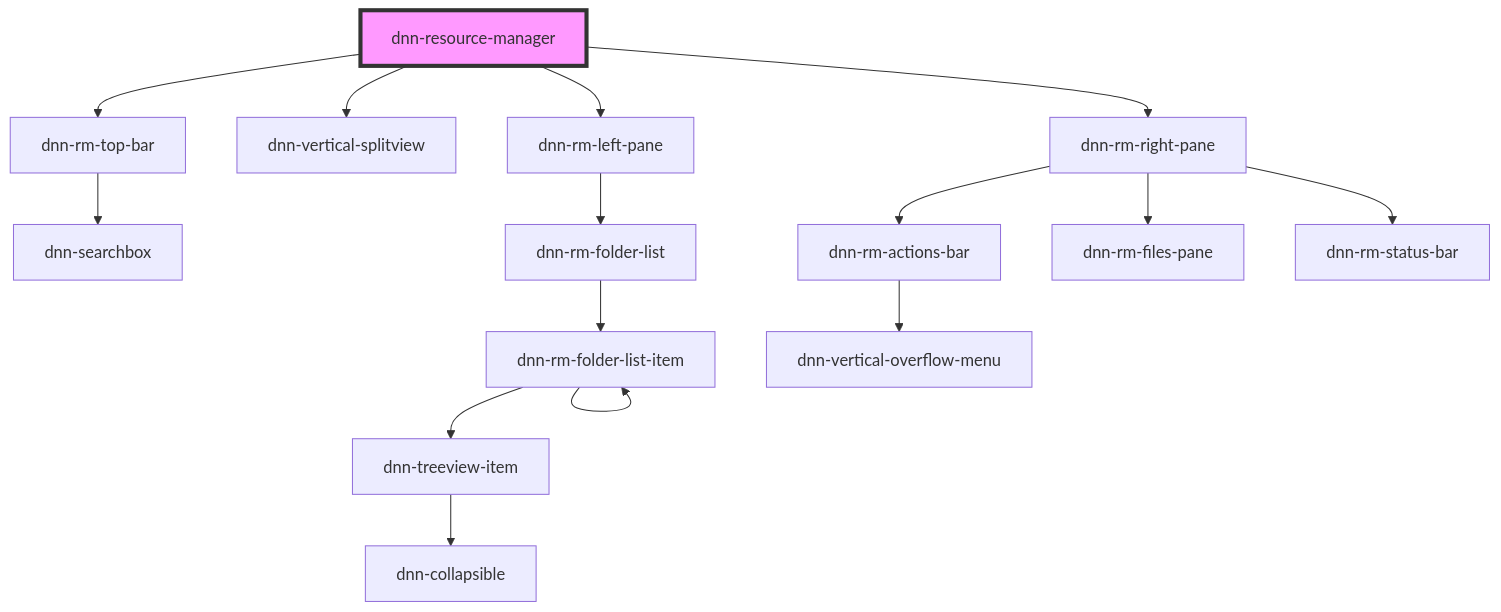
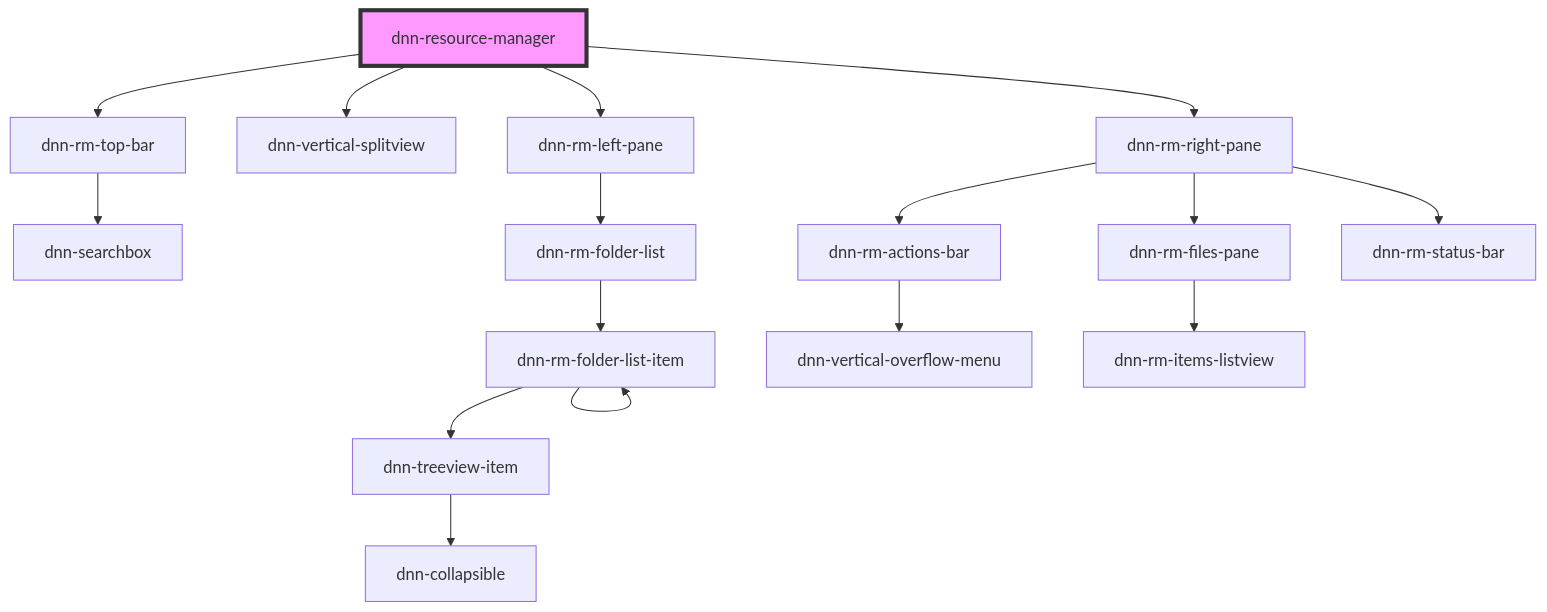
The diagram in DNN Platform/Modules/ResourceManager/ResourceManager.Web/src/components/dnn-resource-manager/readme.md (dnnsoftware/Dnn.Platform), drawn with Mermaid before and after one commit. The commit also changed 14 other files, not shown here.

````diff
--- a/DNN Platform/Modules/ResourceManager/ResourceManager.Web/src/components/dnn-resource-manager/readme.md
+++ b/DNN Platform/Modules/ResourceManager/ResourceManager.Web/src/components/dnn-resource-manager/readme.md
@@ -25,18 +25,19 @@
 ```mermaid
 graph TD;
   dnn-resource-manager --> dnn-rm-top-bar
   dnn-resource-manager --> dnn-vertical-splitview
   dnn-resource-manager --> dnn-rm-left-pane
   dnn-resource-manager --> dnn-rm-right-pane
   dnn-rm-top-bar --> dnn-searchbox
   dnn-rm-left-pane --> dnn-rm-folder-list
   dnn-rm-folder-list --> dnn-rm-folder-list-item
   dnn-rm-folder-list-item --> dnn-treeview-item
   dnn-rm-folder-list-item --> dnn-rm-folder-list-item
   dnn-treeview-item --> dnn-collapsible
   dnn-rm-right-pane --> dnn-rm-actions-bar
   dnn-rm-right-pane --> dnn-rm-files-pane
   dnn-rm-right-pane --> dnn-rm-status-bar
   dnn-rm-actions-bar --> dnn-vertical-overflow-menu
+  dnn-rm-files-pane --> dnn-rm-items-listview
   style dnn-resource-manager fill:#f9f,stroke:#333,stroke-width:4px
 ```
````
